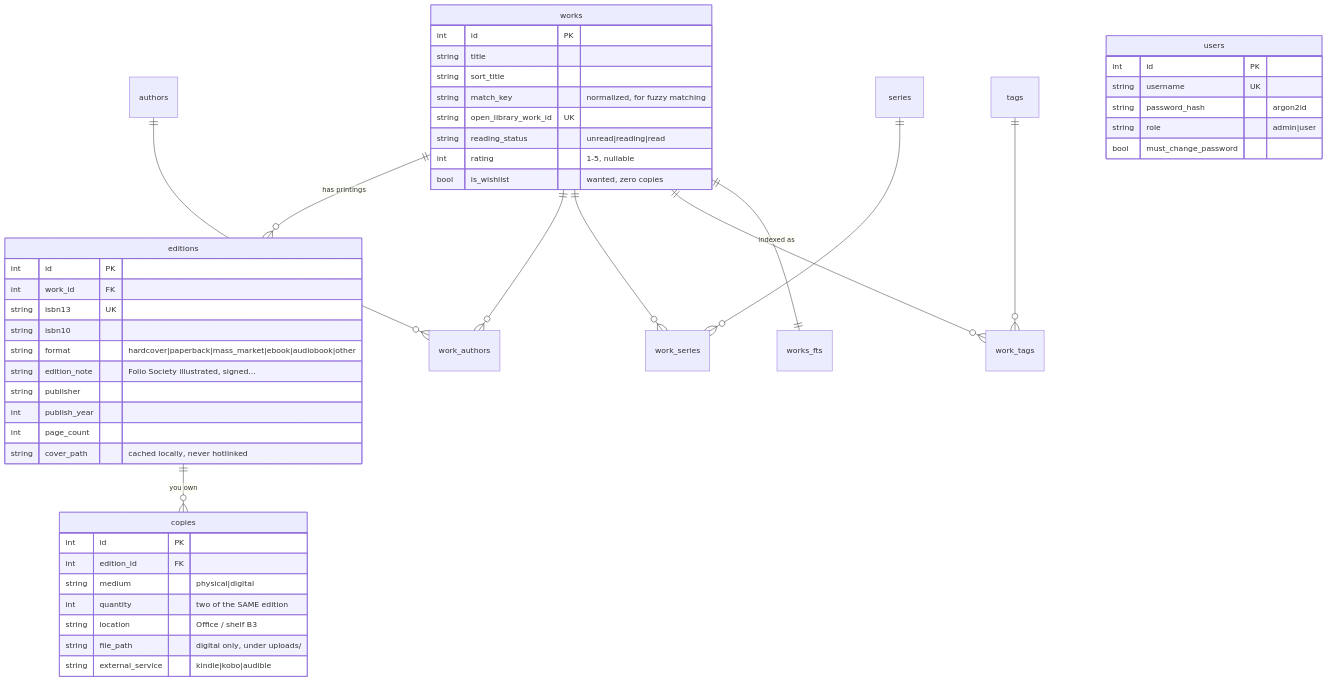
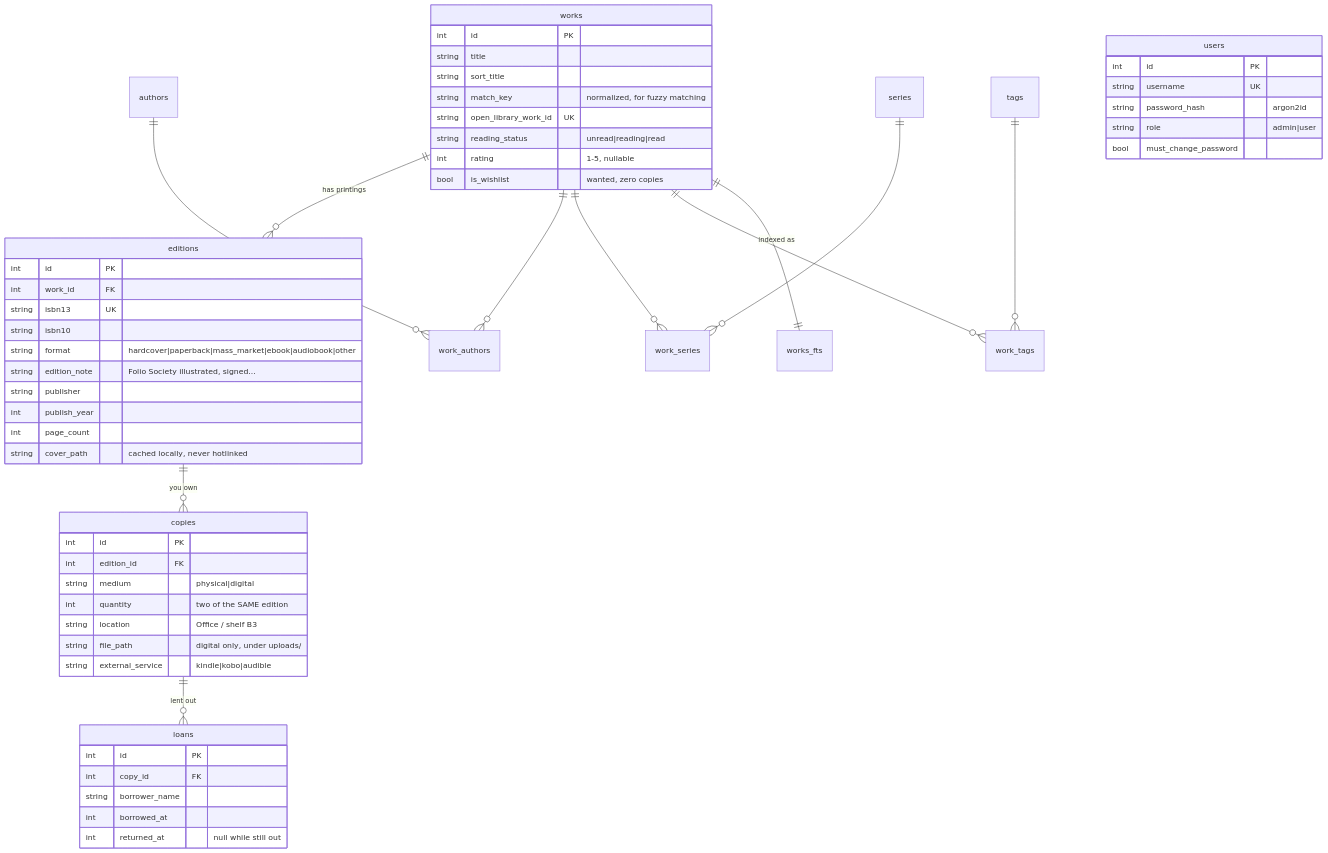
One commit to rivegauchedev/librero changed the diagram in docs/03-data-model.md. Above: the diagram before and after it, drawn with Mermaid. The commit also changed other lines of this file and 12 other files, not shown here.

First line of the commit message:
feat(app): lend a copy from its book, and see what is out

````diff
--- a/docs/03-data-model.md
+++ b/docs/03-data-model.md
@@ -22,51 +22,59 @@
 ```mermaid
 erDiagram
     works ||--o{ editions : "has printings"
     editions ||--o{ copies : "you own"
+    copies ||--o{ loans : "lent out"
     works ||--o{ work_authors : ""
     authors ||--o{ work_authors : ""
     works ||--o{ work_series : ""
     series ||--o{ work_series : ""
     works ||--o{ work_tags : ""
     tags ||--o{ work_tags : ""
     works ||--|| works_fts : "indexed as"
 
     works {
         int id PK
         string title
         string sort_title
         string match_key "normalized, for fuzzy matching"
         string open_library_work_id UK
         string reading_status "unread|reading|read"
         int rating "1-5, nullable"
         bool is_wishlist "wanted, zero copies"
     }
     editions {
         int id PK
         int work_id FK
         string isbn13 UK
         string isbn10
         string format "hardcover|paperback|mass_market|ebook|audiobook|other"
         string edition_note "Folio Society illustrated, signed..."
         string publisher
         int publish_year
         int page_count
         string cover_path "cached locally, never hotlinked"
     }
     copies {
         int id PK
         int edition_id FK
         string medium "physical|digital"
         int quantity "two of the SAME edition"
         string location "Office / shelf B3"
         string file_path "digital only, under uploads/"
         string external_service "kindle|kobo|audible"
     }
+    loans {
+        int id PK
+        int copy_id FK
+        string borrower_name
+        int borrowed_at
+        int returned_at "null while still out"
+    }
     users {
         int id PK
         string username UK
         string password_hash "argon2id"
         string role "admin|user"
         bool must_change_password
     }
 ```
````
